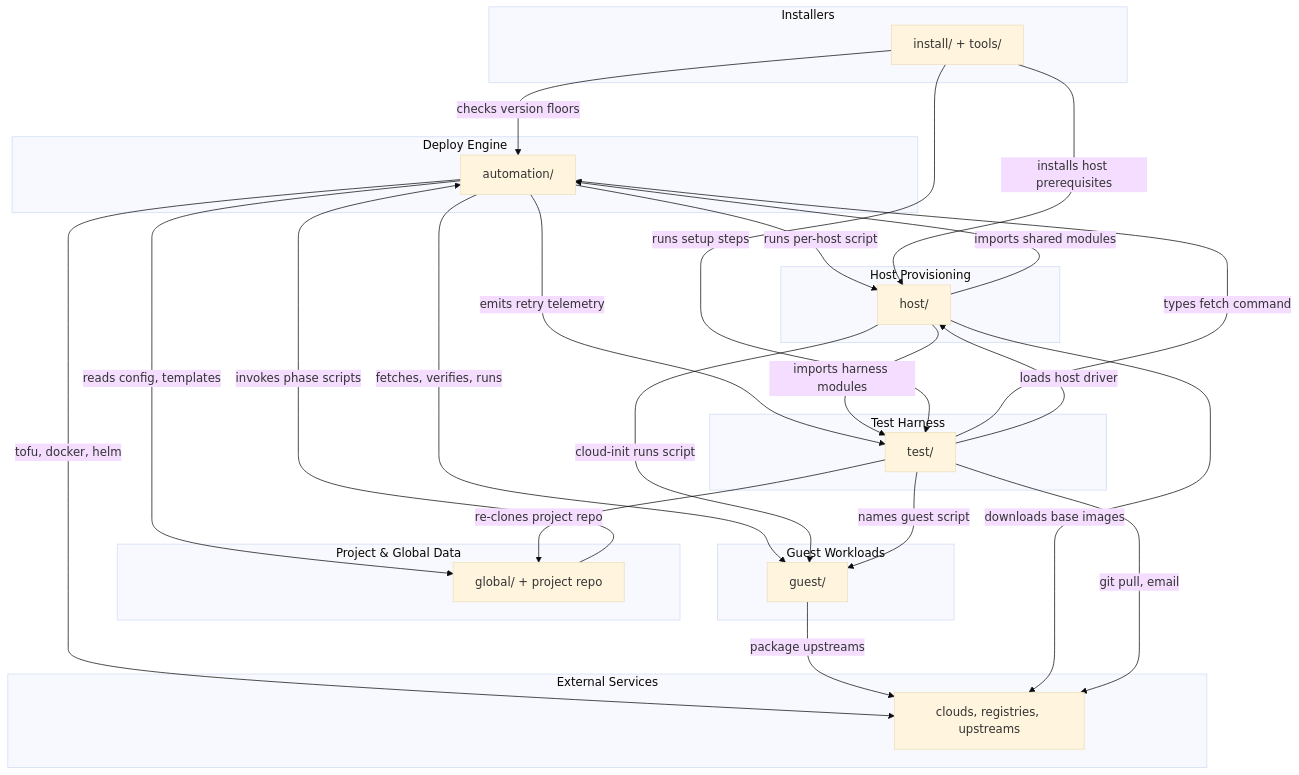
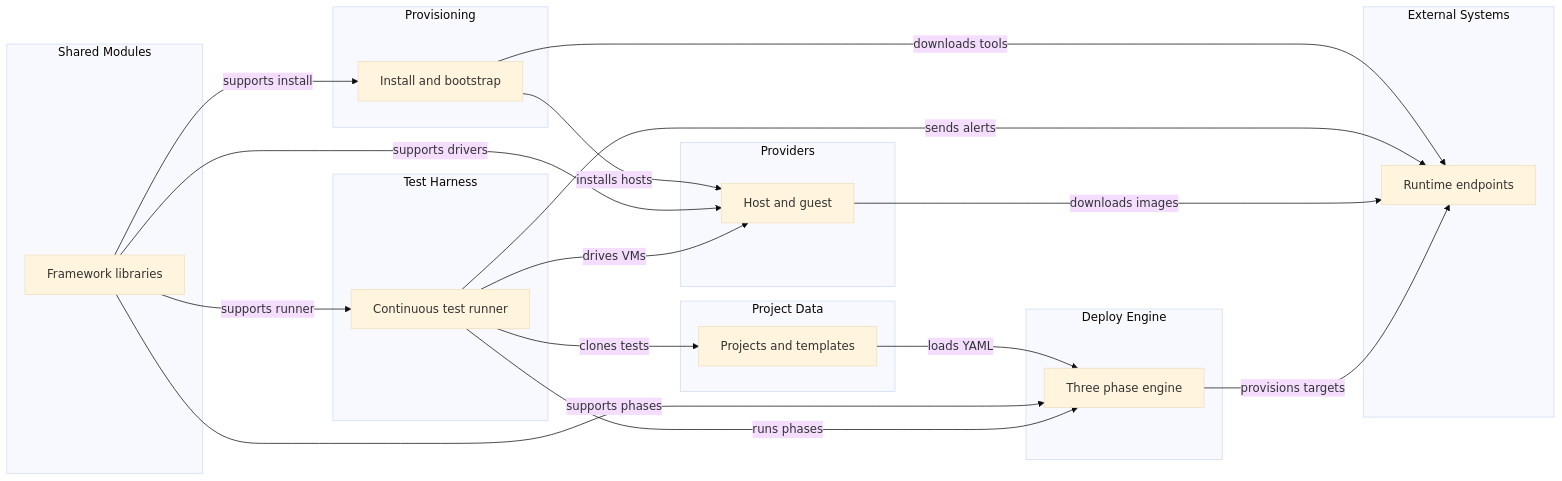
One commit to alissonsol/yuruna changed the diagram in docs/design/01-context-and-components.md. Above: the diagram before and after it, drawn with Mermaid (base theme). The commit also changed other lines of this file and 657 other files, not shown here.

````diff
--- a/docs/design/01-context-and-components.md
+++ b/docs/design/01-context-and-components.md
@@ -40,44 +7,44 @@
 ```mermaid
-flowchart TD
-  subgraph deploy-engine["Deploy Engine"]
-    automation["automation/"]
-  end
-  subgraph project-data["Project & Global Data"]
-    global-project["global/ + project repo"]
-  end
-  subgraph guest-workloads["Guest Workloads"]
-    guest["guest/"]
-  end
-  subgraph host-provisioning["Host Provisioning"]
-    host["host/"]
-  end
-  subgraph installers["Installers"]
-    install-tools["install/ + tools/"]
-  end
-  subgraph test-harness["Test Harness"]
-    test["test/"]
-  end
-  subgraph external-services["External Services"]
-    external-endpoints["clouds, registries, upstreams"]
+flowchart LR
+  subgraph provisioning["Provisioning"]
+    provisioning-root["Install and bootstrap"]
   end
 
-  automation -->|"reads config, templates"| global-project
-  automation -->|"fetches, verifies, runs"| guest
-  automation -->|"runs per-host script"| host
-  automation -->|"emits retry telemetry"| test
-  automation -->|"tofu, docker, helm"| external-endpoints
-  global-project -->|"invokes phase scripts"| automation
-  guest -->|"package upstreams"| external-endpoints
-  host -->|"imports shared modules"| automation
-  host -->|"cloud-init runs script"| guest
-  host -->|"imports harness modules"| test
-  host -->|"downloads base images"| external-endpoints
-  install-tools -->|"checks version floors"| automation
-  install-tools -->|"installs host prerequisites"| host
-  install-tools -->|"runs setup steps"| test
-  test -->|"types fetch command"| automation
-  test -->|"re-clones project repo"| global-project
-  test -->|"names guest script"| guest
-  test -->|"loads host driver"| host
-  test -->|"git pull, email"| external-endpoints
+  subgraph deploy-engine["Deploy Engine"]
+    deploy-engine-root["Three phase engine"]
+  end
+
+  subgraph test-harness["Test Harness"]
+    test-harness-root["Continuous test runner"]
+  end
+
+  subgraph providers["Providers"]
+    providers-root["Host and guest"]
+  end
+
+  subgraph project-data["Project Data"]
+    project-data-root["Projects and templates"]
+  end
+
+  subgraph shared-modules["Shared Modules"]
+    shared-modules-root["Framework libraries"]
+  end
+
+  subgraph external-systems["External Systems"]
+    external-systems-root["Runtime endpoints"]
+  end
+
+  provisioning-root -->|"installs hosts"| providers-root
+  provisioning-root -->|"downloads tools"| external-systems-root
+  project-data-root -->|"loads YAML"| deploy-engine-root
+  shared-modules-root -->|"supports install"| provisioning-root
+  shared-modules-root -->|"supports phases"| deploy-engine-root
+  shared-modules-root -->|"supports runner"| test-harness-root
+  shared-modules-root -->|"supports drivers"| providers-root
+  test-harness-root -->|"drives VMs"| providers-root
+  test-harness-root -->|"clones tests"| project-data-root
+  test-harness-root -->|"runs phases"| deploy-engine-root
+  test-harness-root -->|"sends alerts"| external-systems-root
+  providers-root -->|"downloads images"| external-systems-root
+  deploy-engine-root -->|"provisions targets"| external-systems-root
 ```
````
